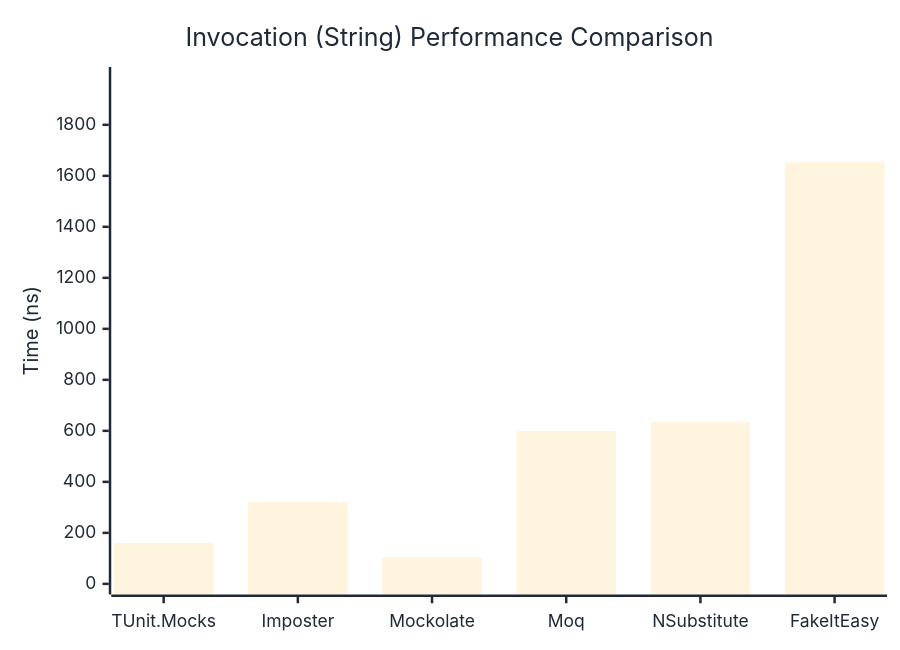
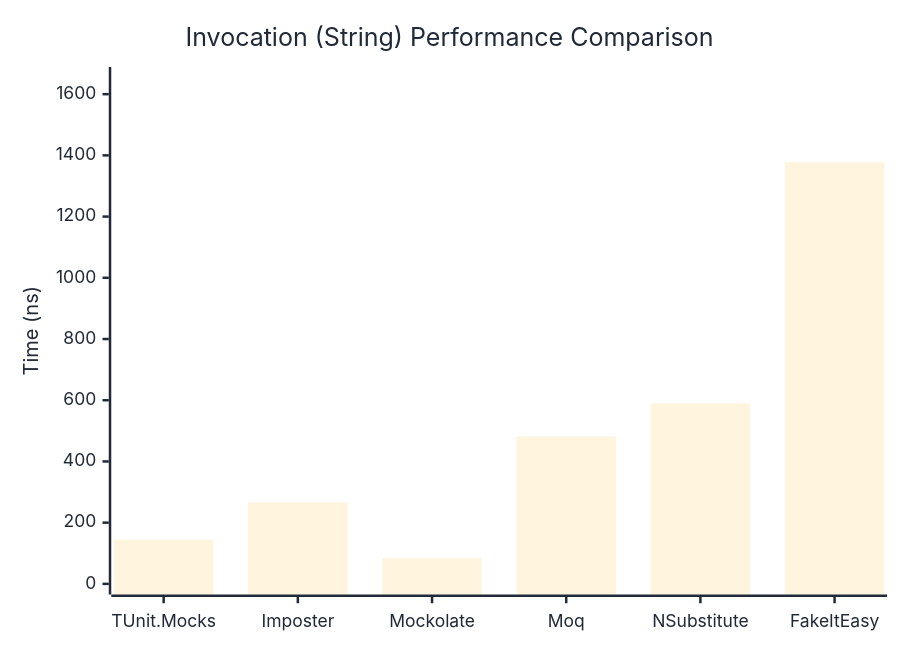
The second of 3 diagrams in docs/docs/benchmarks/mocks/Invocation.md (weiyilai/TUnit), drawn with Mermaid before and after one commit. The commit also changed other lines of this file and 14 other files, not shown here.

````diff
--- a/docs/docs/benchmarks/mocks/Invocation.md
+++ b/docs/docs/benchmarks/mocks/Invocation.md
@@ -69,27 +69,27 @@
 ```mermaid
 %%{init: {
   'theme':'base',
   'themeVariables': {
     'primaryColor': '#2563eb',
     'primaryTextColor': '#1f2937',
     'primaryBorderColor': '#1e40af',
     'lineColor': '#6b7280',
     'secondaryColor': '#7c3aed',
     'tertiaryColor': '#dc2626',
     'background': '#ffffff',
     'pie1': '#2563eb',
     'pie2': '#7c3aed',
     'pie3': '#dc2626',
     'pie4': '#f59e0b',
     'pie5': '#10b981',
     'pie6': '#06b6d4',
     'pie7': '#ec4899',
     'pie8': '#6366f1'
   }
 }}%%
 xychart-beta
   title "Invocation (String) Performance Comparison"
   x-axis ["TUnit.Mocks", "Imposter", "Mockolate", "Moq", "NSubstitute", "FakeItEasy"]
-  y-axis "Time (ns)" 0 --> 1985
-  bar [160.5, 320.6, 103.1, 599, 634.5, 1653.4]
+  y-axis "Time (ns)" 0 --> 1654
+  bar [144.21, 266.34, 83.62, 481.25, 589.46, 1377.74]
 ```
````
